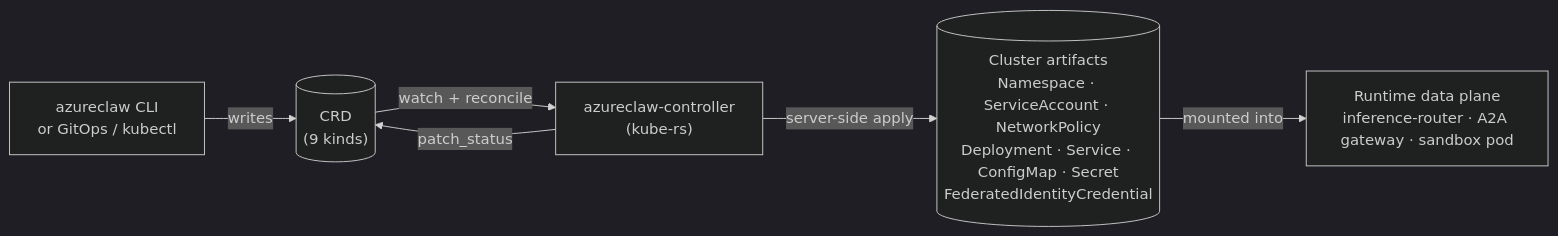
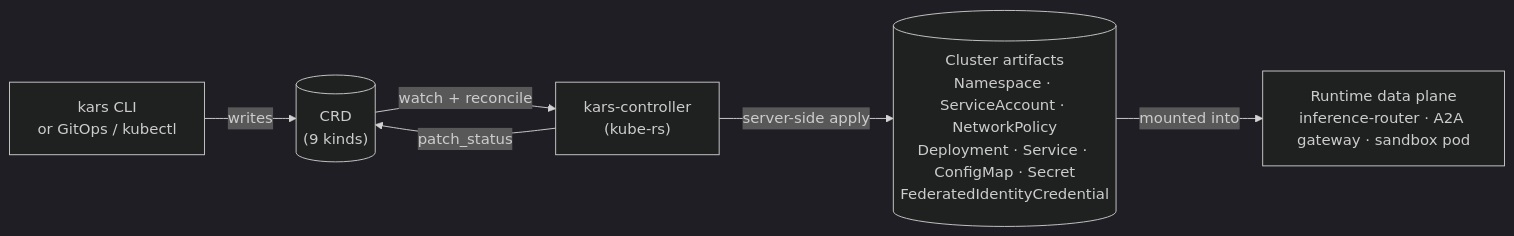
The first of 7 diagrams in docs/api/lifecycle.md (lachie83/kars), drawn with Mermaid (dark theme) before and after one commit. The commit also changed other lines of this file and 694 other files, not shown here.

````diff
--- a/docs/api/lifecycle.md
+++ b/docs/api/lifecycle.md
@@ -26,14 +26,14 @@
 ```mermaid
 flowchart LR
-  CLI["azureclaw CLI<br/>or GitOps / kubectl"]
+  CLI["kars CLI<br/>or GitOps / kubectl"]
   CRD[("CRD<br/>(9 kinds)")]
-  Ctrl["azureclaw-controller<br/>(kube-rs)"]
+  Ctrl["kars-controller<br/>(kube-rs)"]
   Art[("Cluster artifacts<br/>Namespace · ServiceAccount · NetworkPolicy<br/>Deployment · Service · ConfigMap · Secret<br/>FederatedIdentityCredential")]
   Runtime["Runtime data plane<br/>inference-router · A2A gateway · sandbox pod"]
 
   CLI -->|writes| CRD
   CRD -->|watch + reconcile| Ctrl
   Ctrl -->|server-side apply| Art
   Art -->|mounted into| Runtime
   Ctrl -->|patch_status| CRD
 ```
````
